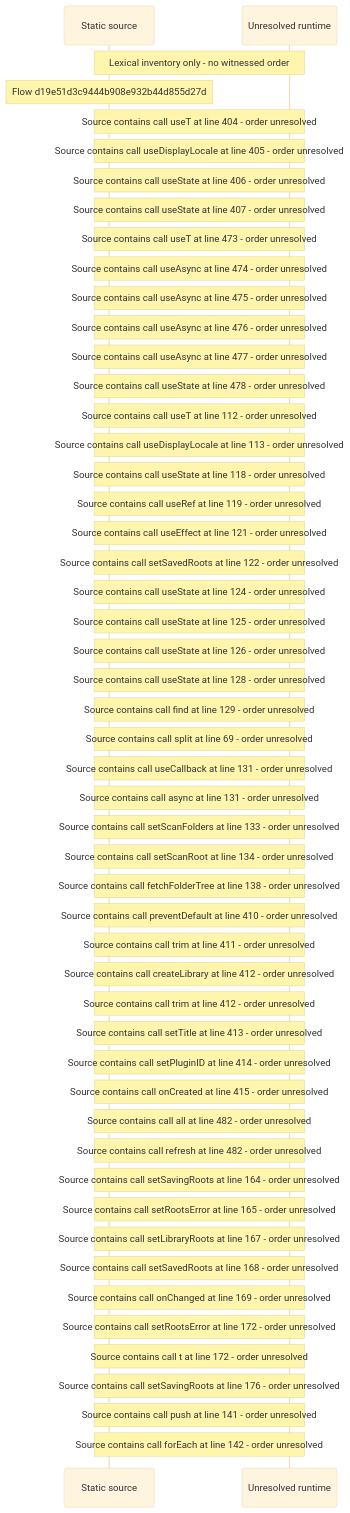
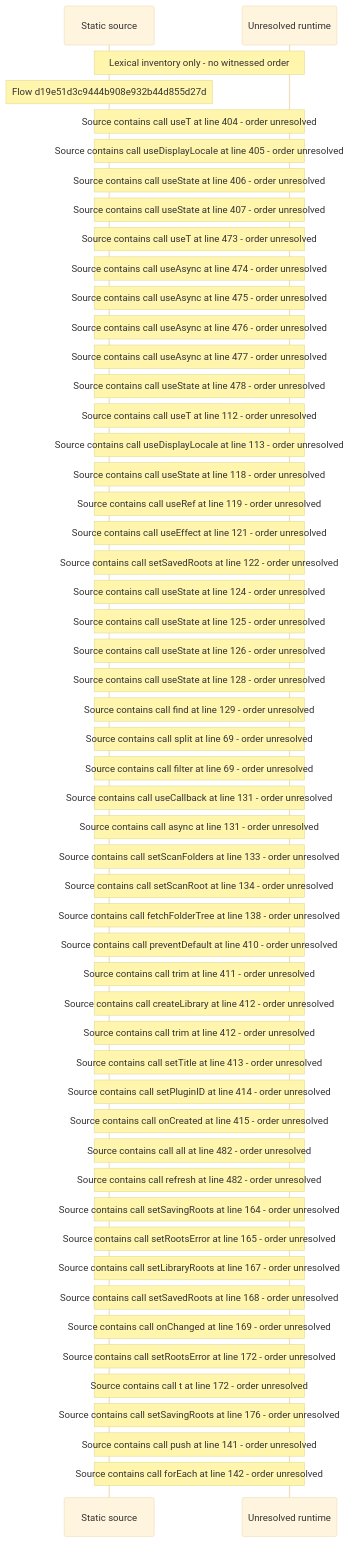
Before and after one commit to beamfall/core: the diagram in docs/web/flows/generated/d19e51d3c9444b908e932b44d855d27d/flow-diagram.md, drawn with Mermaid (base theme). The commit also changed other lines of this file and 707 other files, not shown here.

Commit message:
Regenerate the web flow record with flow generator version 6

````diff
--- a/docs/web/flows/generated/d19e51d3c9444b908e932b44d855d27d/flow-diagram.md
+++ b/docs/web/flows/generated/d19e51d3c9444b908e932b44d855d27d/flow-diagram.md
@@ -10,53 +10,54 @@
 ```mermaid
 sequenceDiagram
     participant S as Static source
     participant U as Unresolved runtime
     Note over S,U: Lexical inventory only - no witnessed order
     Note over S: Flow d19e51d3c9444b908e932b44d855d27d
     Note over S,U: Source contains call useT at line 404 - order unresolved
     Note over S,U: Source contains call useDisplayLocale at line 405 - order unresolved
     Note over S,U: Source contains call useState at line 406 - order unresolved
     Note over S,U: Source contains call useState at line 407 - order unresolved
     Note over S,U: Source contains call useT at line 473 - order unresolved
     Note over S,U: Source contains call useAsync at line 474 - order unresolved
     Note over S,U: Source contains call useAsync at line 475 - order unresolved
     Note over S,U: Source contains call useAsync at line 476 - order unresolved
     Note over S,U: Source contains call useAsync at line 477 - order unresolved
     Note over S,U: Source contains call useState at line 478 - order unresolved
     Note over S,U: Source contains call useT at line 112 - order unresolved
     Note over S,U: Source contains call useDisplayLocale at line 113 - order unresolved
     Note over S,U: Source contains call useState at line 118 - order unresolved
     Note over S,U: Source contains call useRef at line 119 - order unresolved
     Note over S,U: Source contains call useEffect at line 121 - order unresolved
     Note over S,U: Source contains call setSavedRoots at line 122 - order unresolved
     Note over S,U: Source contains call useState at line 124 - order unresolved
     Note over S,U: Source contains call useState at line 125 - order unresolved
     Note over S,U: Source contains call useState at line 126 - order unresolved
     Note over S,U: Source contains call useState at line 128 - order unresolved
     Note over S,U: Source contains call find at line 129 - order unresolved
     Note over S,U: Source contains call split at line 69 - order unresolved
+    Note over S,U: Source contains call filter at line 69 - order unresolved
     Note over S,U: Source contains call useCallback at line 131 - order unresolved
     Note over S,U: Source contains call async at line 131 - order unresolved
     Note over S,U: Source contains call setScanFolders at line 133 - order unresolved
     Note over S,U: Source contains call setScanRoot at line 134 - order unresolved
     Note over S,U: Source contains call fetchFolderTree at line 138 - order unresolved
     Note over S,U: Source contains call preventDefault at line 410 - order unresolved
     Note over S,U: Source contains call trim at line 411 - order unresolved
     Note over S,U: Source contains call createLibrary at line 412 - order unresolved
     Note over S,U: Source contains call trim at line 412 - order unresolved
     Note over S,U: Source contains call setTitle at line 413 - order unresolved
     Note over S,U: Source contains call setPluginID at line 414 - order unresolved
     Note over S,U: Source contains call onCreated at line 415 - order unresolved
     Note over S,U: Source contains call all at line 482 - order unresolved
     Note over S,U: Source contains call refresh at line 482 - order unresolved
     Note over S,U: Source contains call setSavingRoots at line 164 - order unresolved
     Note over S,U: Source contains call setRootsError at line 165 - order unresolved
     Note over S,U: Source contains call setLibraryRoots at line 167 - order unresolved
     Note over S,U: Source contains call setSavedRoots at line 168 - order unresolved
     Note over S,U: Source contains call onChanged at line 169 - order unresolved
     Note over S,U: Source contains call setRootsError at line 172 - order unresolved
     Note over S,U: Source contains call t at line 172 - order unresolved
     Note over S,U: Source contains call setSavingRoots at line 176 - order unresolved
     Note over S,U: Source contains call push at line 141 - order unresolved
     Note over S,U: Source contains call forEach at line 142 - order unresolved
 ```
````
